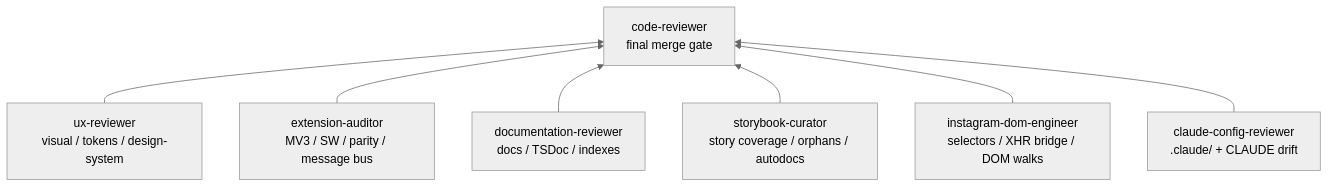
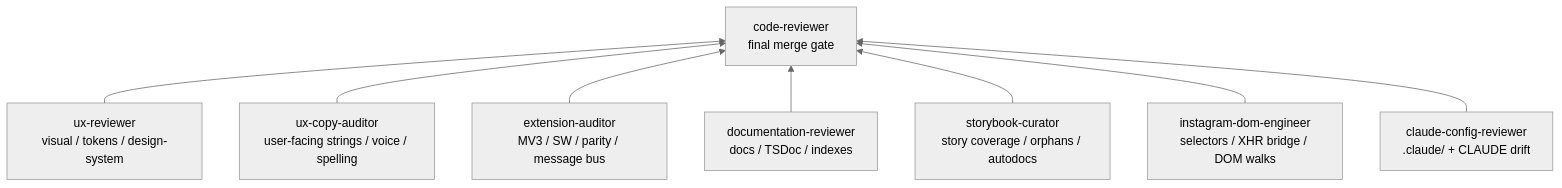
One commit to evolsiri/igdl changed the diagram in .claude/agents/README.md. Above: the diagram before and after it, drawn with Mermaid (neutral theme). The commit also changed other lines of this file and 10 other files, not shown here.

````diff
--- a/.claude/agents/README.md
+++ b/.claude/agents/README.md
@@ -103,17 +109,19 @@
 ```mermaid
 flowchart BT
     ux["ux-reviewer<br/>visual / tokens / design-system"]
+    copy["ux-copy-auditor<br/>user-facing strings / voice / spelling"]
     ext["extension-auditor<br/>MV3 / SW / parity / message bus"]
     docs["documentation-reviewer<br/>docs / TSDoc / indexes"]
     sb["storybook-curator<br/>story coverage / orphans / autodocs"]
     dom["instagram-dom-engineer<br/>selectors / XHR bridge / DOM walks"]
     cfg["claude-config-reviewer<br/>.claude/ + CLAUDE drift"]
     cr["code-reviewer<br/>final merge gate"]
 
     ux --> cr
+    copy --> cr
     ext --> cr
     docs --> cr
     sb --> cr
     dom --> cr
     cfg --> cr
 ```
````
